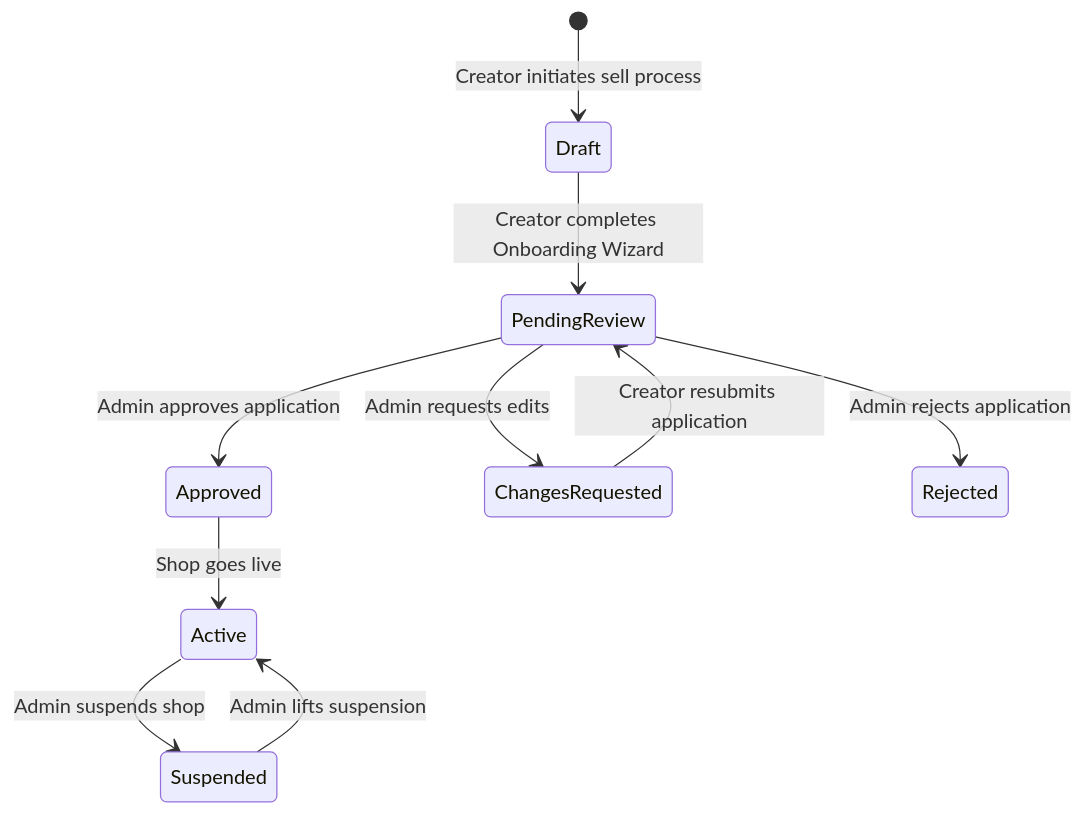
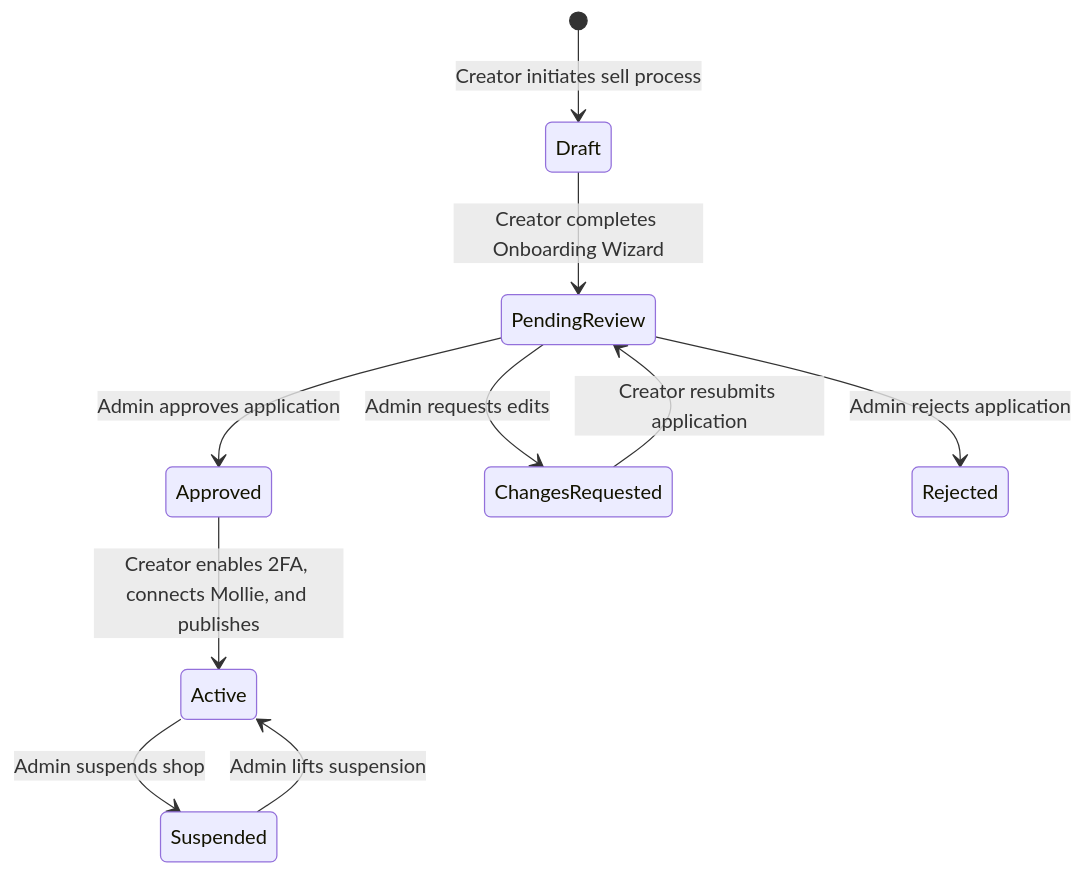
Before and after one commit to JoeriKaiser/eurtisan: the sixth of 7 diagrams in docs/user_flow.md, drawn with Mermaid. The commit also changed other lines of this file and 91 other files, not shown here.

````diff
--- a/docs/user_flow.md
+++ b/docs/user_flow.md
@@ -178,12 +178,12 @@
 ```mermaid
 stateDiagram-v2
     [*] --> Draft : Creator initiates sell process
     Draft --> PendingReview : Creator completes Onboarding Wizard
     PendingReview --> Approved : Admin approves application
     PendingReview --> ChangesRequested : Admin requests edits
     PendingReview --> Rejected : Admin rejects application
     ChangesRequested --> PendingReview : Creator resubmits application
-    Approved --> Active : Shop goes live
+    Approved --> Active : Creator enables 2FA, connects Mollie, and publishes
     Active --> Suspended : Admin suspends shop
     Suspended --> Active : Admin lifts suspension
 ```
````
